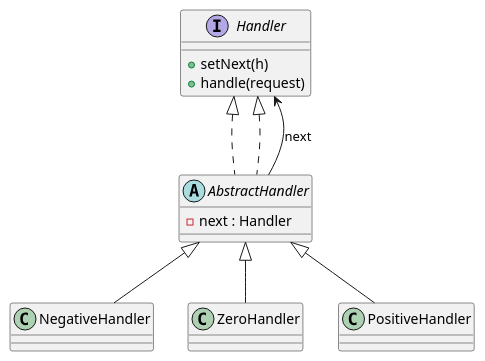
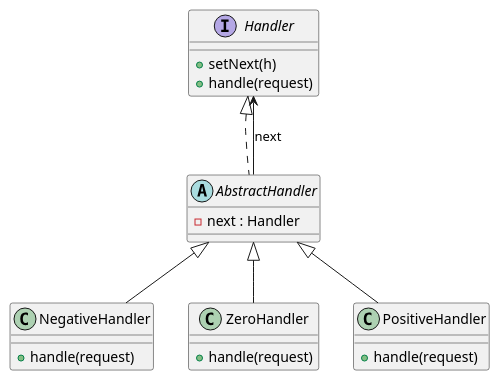
One commit to lpenap/java-patterns-and-constructs changed the diagram in src/main/java/com/penapereira/example/constructs/chainofresponsibility/README.md. Above: the diagram before and after it, drawn with PlantUML. The commit also changed other lines of this file and 1 other file, not shown here.

Commit message:
Add class diagram for chain of responsibility

````diff
--- a/src/main/java/com/penapereira/example/constructs/chainofresponsibility/README.md
+++ b/src/main/java/com/penapereira/example/constructs/chainofresponsibility/README.md
@@ -8,16 +9,21 @@
 ```plantuml
 @startuml
 interface Handler {
     +setNext(h)
     +handle(request)
 }
 abstract class AbstractHandler implements Handler {
     -next : Handler
 }
-class NegativeHandler extends AbstractHandler
-class ZeroHandler extends AbstractHandler
-class PositiveHandler extends AbstractHandler
-Handler <|.. AbstractHandler
+class NegativeHandler extends AbstractHandler {
+    +handle(request)
+}
+class ZeroHandler extends AbstractHandler {
+    +handle(request)
+}
+class PositiveHandler extends AbstractHandler {
+    +handle(request)
+}
 AbstractHandler --> Handler : next
 @enduml
 ```
````
